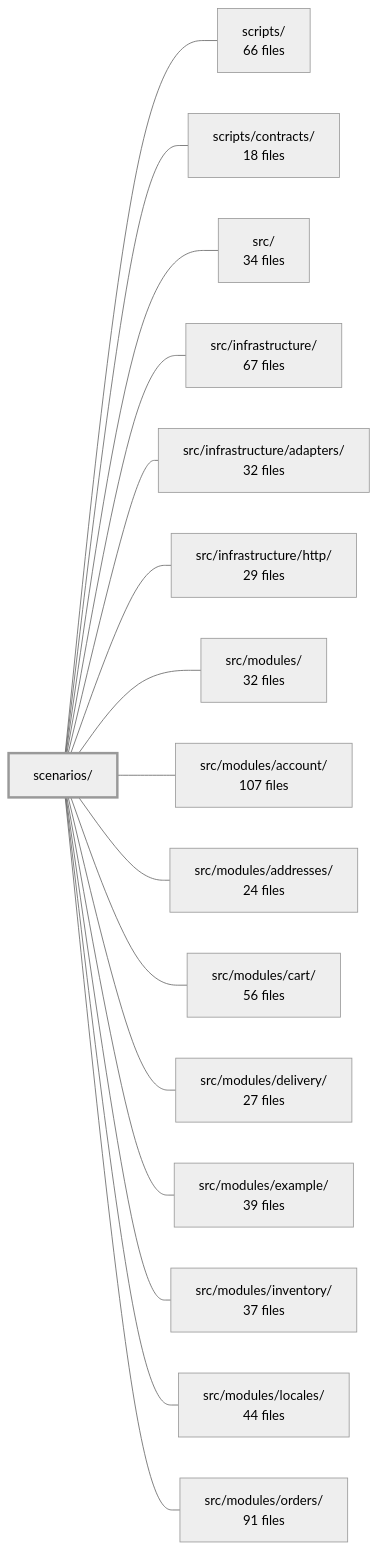
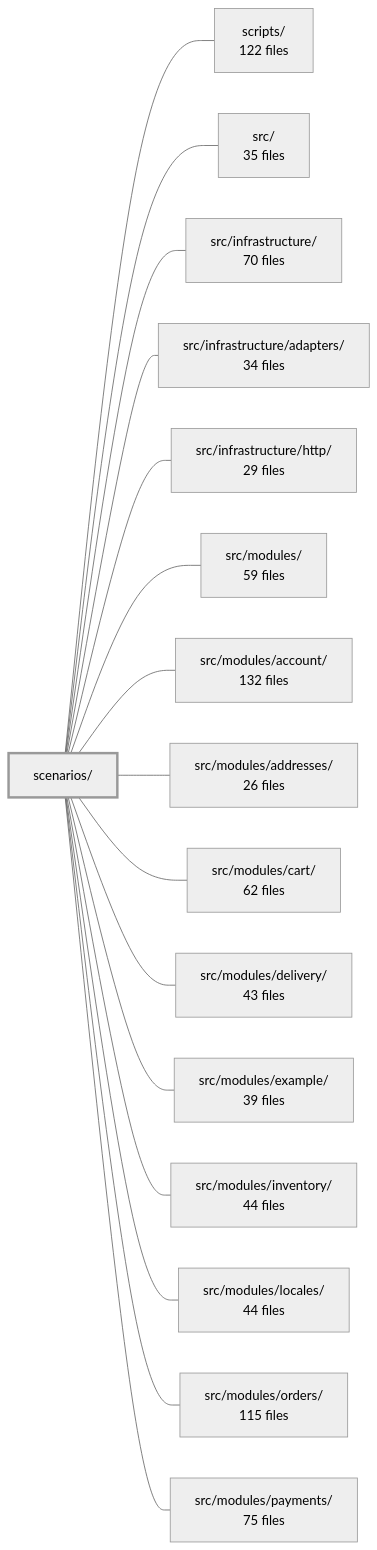
Before and after one commit to Guebbit/boilerplate-node-backend: the diagram in .2brain/modules/boilerplate-node-backend_scenarios.md, drawn with Mermaid (neutral theme). The commit also changed other lines of this file and 627 other files, not shown here.

````diff
--- a/.2brain/modules/boilerplate-node-backend_scenarios.md
+++ b/.2brain/modules/boilerplate-node-backend_scenarios.md
@@ -40,35 +42,35 @@
 ```mermaid
 flowchart LR
     m_scenarios["scenarios/"]
-    m_scripts["scripts/<br/>66 files"]
-    m_scripts_contracts["scripts/contracts/<br/>18 files"]
-    m_src["src/<br/>34 files"]
-    m_src_infrastructure["src/infrastructure/<br/>67 files"]
-    m_src_infrastructure_adapters["src/infrastructure/adapters/<br/>32 files"]
+    m_scripts["scripts/<br/>122 files"]
+    m_src["src/<br/>35 files"]
+    m_src_infrastructure["src/infrastructure/<br/>70 files"]
+    m_src_infrastructure_adapters["src/infrastructure/adapters/<br/>34 files"]
     m_src_infrastructure_http["src/infrastructure/http/<br/>29 files"]
-    m_src_modules["src/modules/<br/>32 files"]
-    m_src_modules_account["src/modules/account/<br/>107 files"]
-    m_src_modules_addresses["src/modules/addresses/<br/>24 files"]
-    m_src_modules_cart["src/modules/cart/<br/>56 files"]
-    m_src_modules_delivery["src/modules/delivery/<br/>27 files"]
+    m_src_modules["src/modules/<br/>59 files"]
+    m_src_modules_account["src/modules/account/<br/>132 files"]
+    m_src_modules_addresses["src/modules/addresses/<br/>26 files"]
+    m_src_modules_cart["src/modules/cart/<br/>62 files"]
+    m_src_modules_delivery["src/modules/delivery/<br/>43 files"]
     m_src_modules_example["src/modules/example/<br/>39 files"]
-    m_src_modules_inventory["src/modules/inventory/<br/>37 files"]
+    m_src_modules_inventory["src/modules/inventory/<br/>44 files"]
     m_src_modules_locales["src/modules/locales/<br/>44 files"]
-    m_src_modules_orders["src/modules/orders/<br/>91 files"]
+    m_src_modules_orders["src/modules/orders/<br/>115 files"]
+    m_src_modules_payments["src/modules/payments/<br/>75 files"]
     m_scenarios --- m_scripts
-    m_scenarios --- m_scripts_contracts
     m_scenarios --- m_src
     m_scenarios --- m_src_infrastructure
     m_scenarios --- m_src_infrastructure_adapters
     m_scenarios --- m_src_infrastructure_http
     m_scenarios --- m_src_modules
     m_scenarios --- m_src_modules_account
     m_scenarios --- m_src_modules_addresses
     m_scenarios --- m_src_modules_cart
     m_scenarios --- m_src_modules_delivery
     m_scenarios --- m_src_modules_example
     m_scenarios --- m_src_modules_inventory
     m_scenarios --- m_src_modules_locales
     m_scenarios --- m_src_modules_orders
+    m_scenarios --- m_src_modules_payments
     style m_scenarios stroke-width:3px
 ```
````
